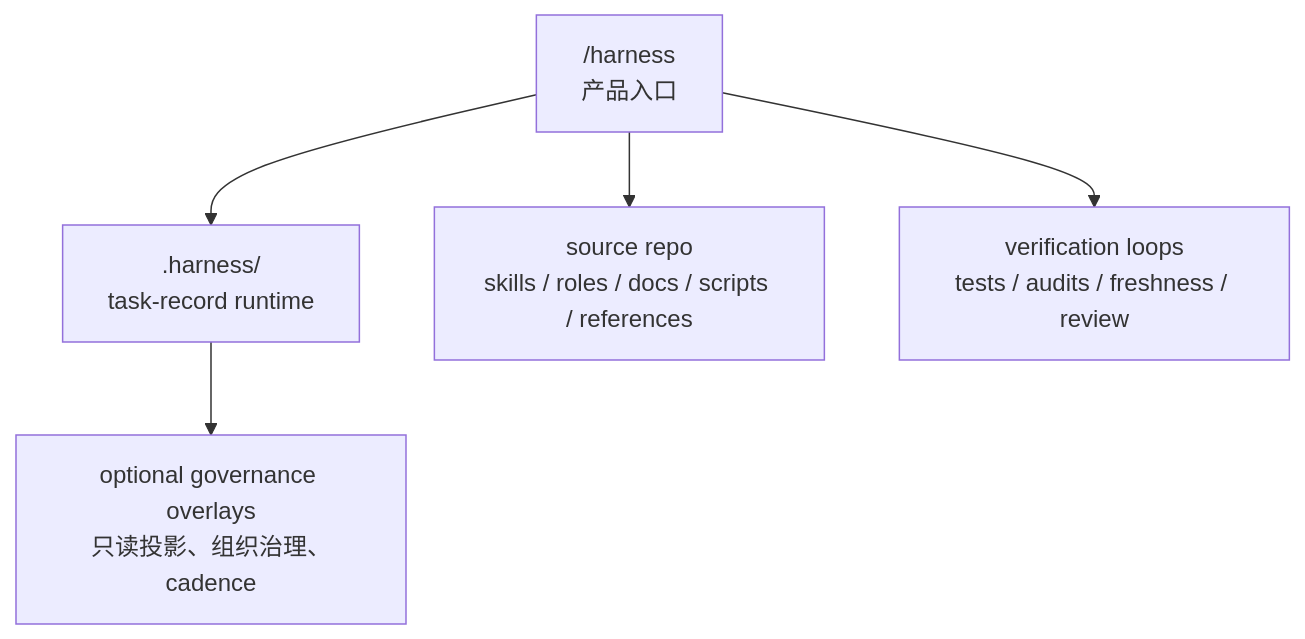
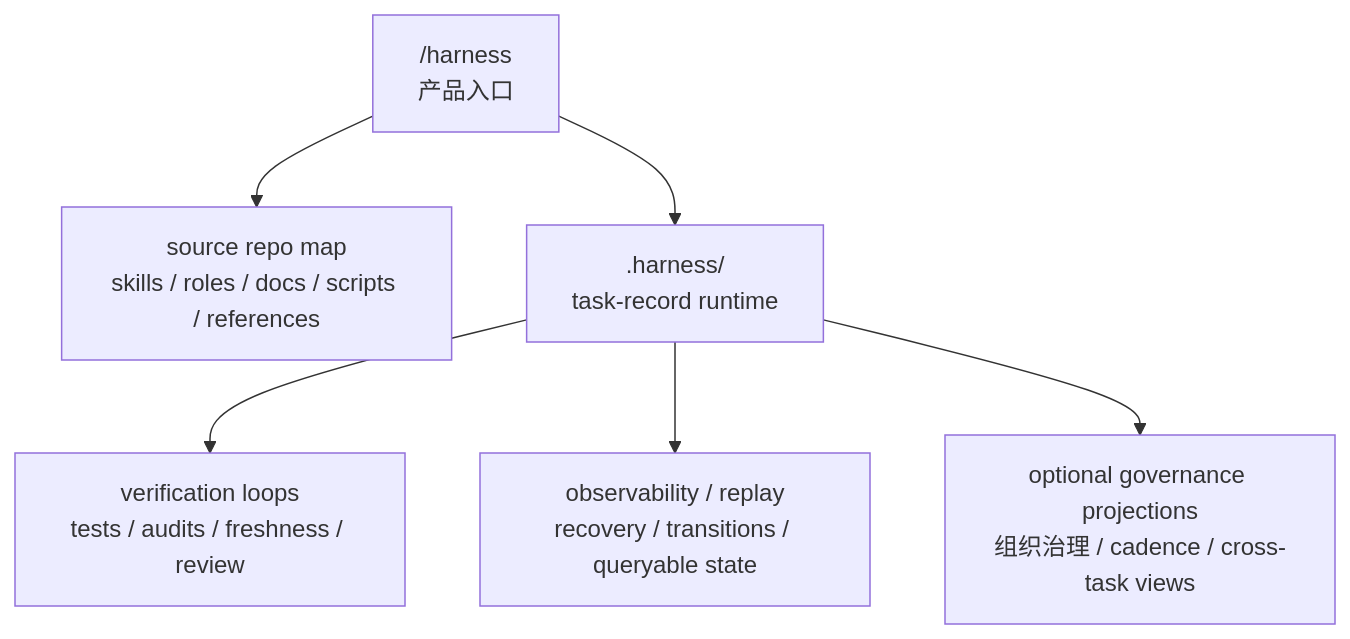
The diagram in README.md (qOeOp/harness), drawn with Mermaid before and after one commit. The commit also changed other lines of this file, not shown here.

Commit message:
Clarify harness runtime-first mental model

````diff
--- a/README.md
+++ b/README.md
@@ -55,7 +71,8 @@
 ```mermaid
 flowchart TD
-    A["/harness<br/>产品入口"] --> B[".harness/<br/>task-record runtime"]
-    B --> C["optional governance overlays<br/>只读投影、组织治理、cadence"]
-    A --> D["source repo<br/>skills / roles / docs / scripts / references"]
-    A --> E["verification loops<br/>tests / audits / freshness / review"]
+    A["/harness<br/>产品入口"] --> B["source repo map<br/>skills / roles / docs / scripts / references"]
+    A --> C[".harness/<br/>task-record runtime"]
+    C --> D["verification loops<br/>tests / audits / freshness / review"]
+    C --> E["observability / replay<br/>recovery / transitions / queryable state"]
+    C --> F["optional governance projections<br/>组织治理 / cadence / cross-task views"]
 ```
````
